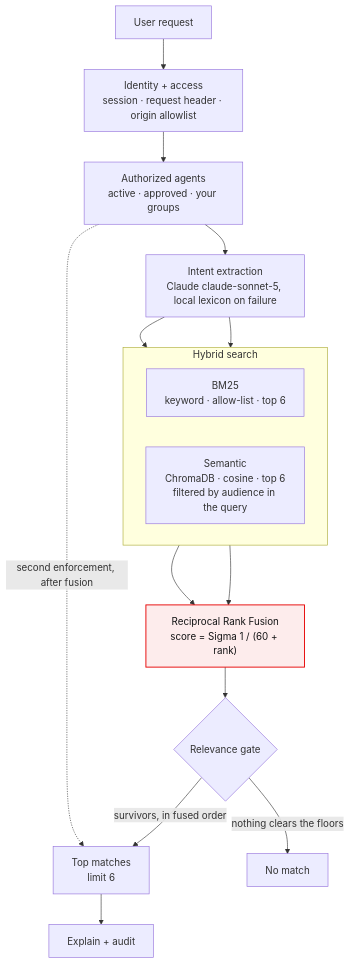
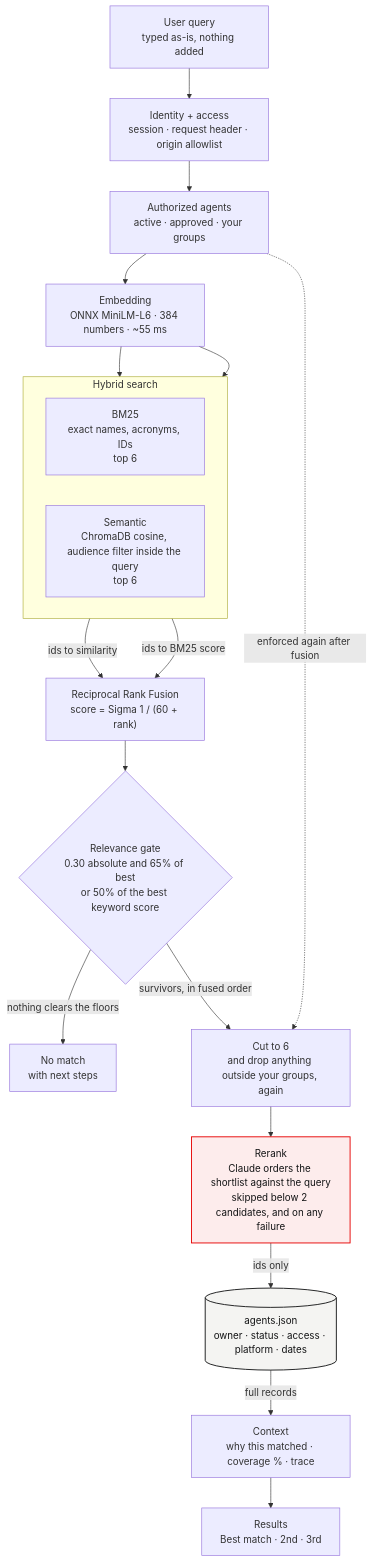
One commit to vivekprojects-GIT/CreditWiz changed the diagram in docs/search-flow.md. Above: the diagram before and after it, drawn with Mermaid. The commit also changed other lines of this file, not shown here.

Commit message:
Redraw the search flow: query, embedding, hybrid, rerank, context
The diagram still showed the intent extraction, the query expansion and the
hard domain filter that 55598e3 removed, and the 0.45 floor that went with
them. It now shows the pipeline that runs, including the step the old one never
drew: retrieval returns ids and numbers, and every field on screen is read from
agents.json afterwards.

````diff
--- a/docs/search-flow.md
+++ b/docs/search-flow.md
@@ -10,34 +15,42 @@
 ```mermaid
 flowchart TB
-  Q["User request"]
-  A["Identity + access<br/>session · request header · origin allowlist"]
+  Q["User query<br/>typed as-is, nothing added"]
+  G["Identity + access<br/>session · request header · origin allowlist"]
   V["Authorized agents<br/>active · approved · your groups"]
-  I["Intent extraction<br/>Claude claude-sonnet-5, local lexicon on failure"]
+  E["Embedding<br/>ONNX MiniLM-L6 · 384 numbers · ~55 ms"]
   R["Reciprocal Rank Fusion<br/>score = Sigma 1 / (60 + rank)"]
-  G{"Relevance gate"}
-  T["Top matches<br/>limit 6"]
-  N["No match"]
-  X["Explain + audit"]
+  T{"Relevance gate<br/>0.30 absolute and 65% of best<br/>or 50% of the best keyword score"}
+  N["No match<br/>with next steps"]
+  C["Cut to 6<br/>and drop anything outside your groups, again"]
+  RR["Rerank<br/>Claude orders the shortlist against the query<br/>skipped below 2 candidates, and on any failure"]
+  J[("agents.json<br/>owner · status · access · platform · dates")]
+  X["Context<br/>why this matched · coverage % · trace"]
+  A["Results<br/>Best match · 2nd · 3rd"]
 
   subgraph H ["Hybrid search"]
     direction LR
-    K["BM25<br/>keyword · allow-list · top 6"]
-    S["Semantic<br/>ChromaDB · cosine · top 6<br/>filtered by audience in the query"]
+    K["BM25<br/>exact names, acronyms, IDs<br/>top 6"]
+    S["Semantic<br/>ChromaDB cosine, audience filter inside the query<br/>top 6"]
   end
 
-  Q --> A
-  A --> V
-  V --> I
-  I --> S
-  I --> K
-  S --> R
-  K --> R
-  R --> G
-  G -- "survivors, in fused order" --> T
-  G -- "nothing clears the floors" --> N
-  T --> X
-  V -. "second enforcement, after fusion" .-> T
+  Q --> G
+  G --> V
+  V --> E
+  E --> S
+  E --> K
+  S -- "ids to similarity" --> R
+  K -- "ids to BM25 score" --> R
+  R --> T
+  T -- "nothing clears the floors" --> N
+  T -- "survivors, in fused order" --> C
+  C --> RR
+  RR -- "ids only" --> J
+  J -- "full records" --> X
+  X --> A
+  V -. "enforced again after fusion" .-> C
 
   classDef fuse fill:#fdecec,stroke:#e60000,stroke-width:1.5px,color:#141516
-  class R fuse
+  classDef src fill:#f4f4f2,stroke:#141516,stroke-width:1.5px,color:#141516
+  class RR fuse
+  class J src
 ```
````
